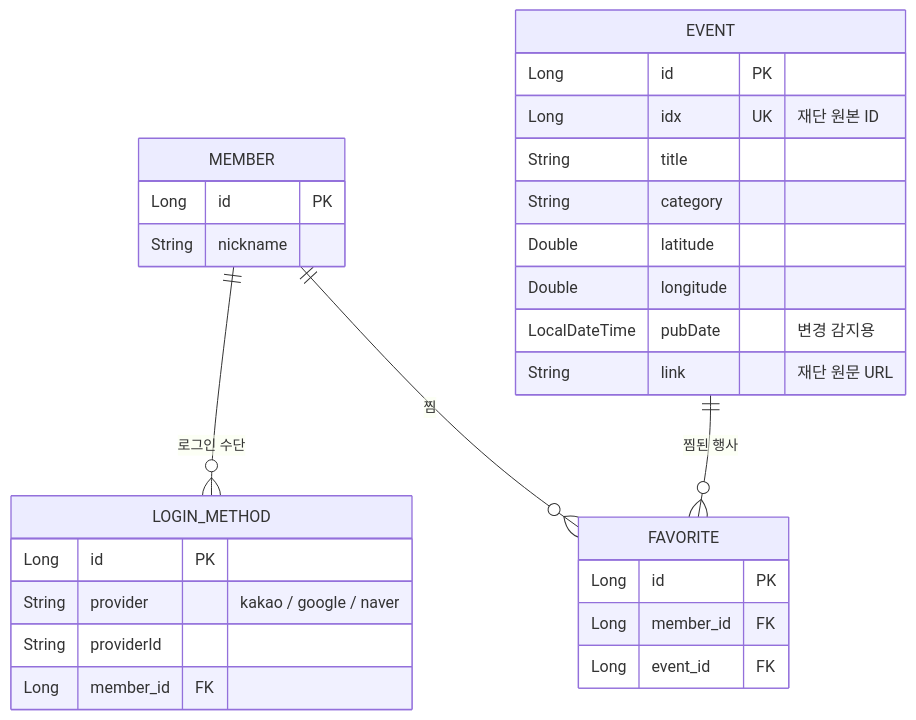
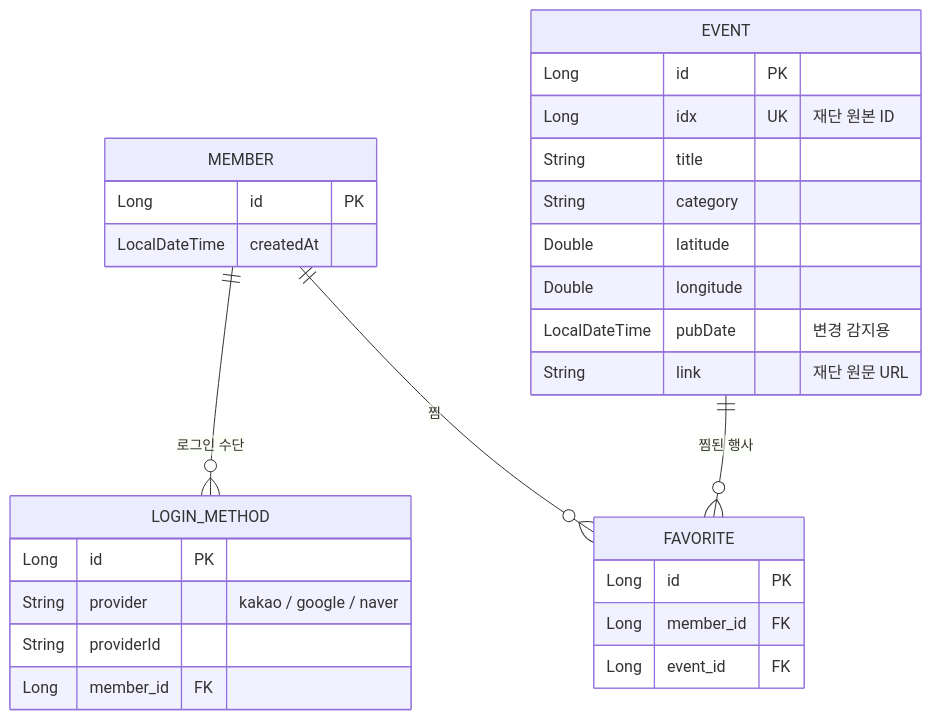
The diagram in README.md (gwhong-dev/SuwonCultureMap), drawn with Mermaid before and after one commit. The commit also changed 20 other files, not shown here.

````diff
--- a/README.md
+++ b/README.md
@@ -54,32 +54,32 @@
 ```mermaid
 erDiagram
     MEMBER ||--o{ LOGIN_METHOD : "로그인 수단"
     MEMBER ||--o{ FAVORITE : "찜"
     EVENT  ||--o{ FAVORITE : "찜된 행사"
 
     MEMBER {
         Long id PK
-        String nickname
+        LocalDateTime createdAt
     }
     LOGIN_METHOD {
         Long id PK
         String provider "kakao / google / naver"
         String providerId
         Long member_id FK
     }
     EVENT {
         Long id PK
         Long idx UK "재단 원본 ID"
         String title
         String category
         Double latitude
         Double longitude
         LocalDateTime pubDate "변경 감지용"
         String link "재단 원문 URL"
     }
     FAVORITE {
         Long id PK
         Long member_id FK
         Long event_id FK
     }
 ```
````
